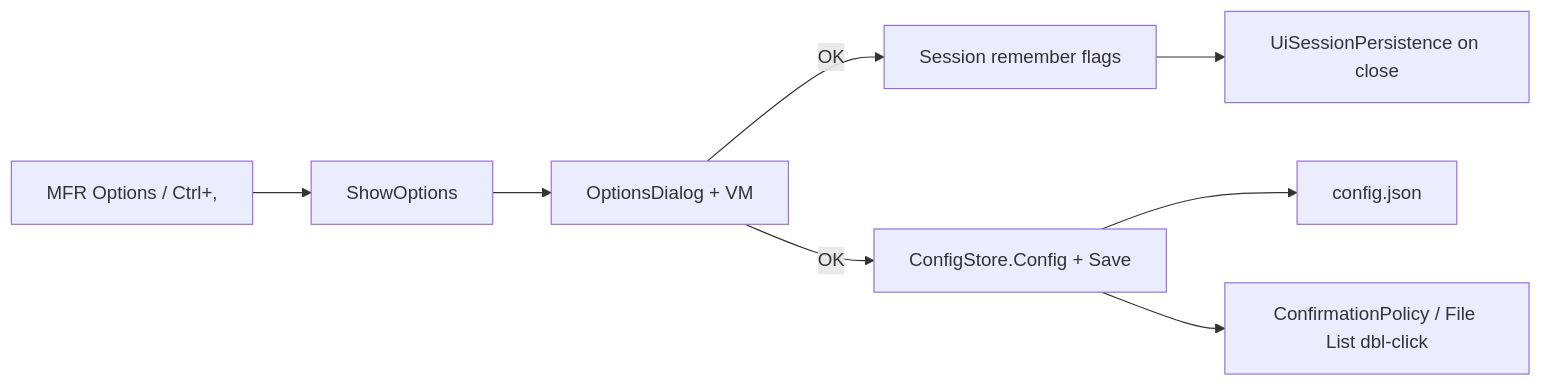
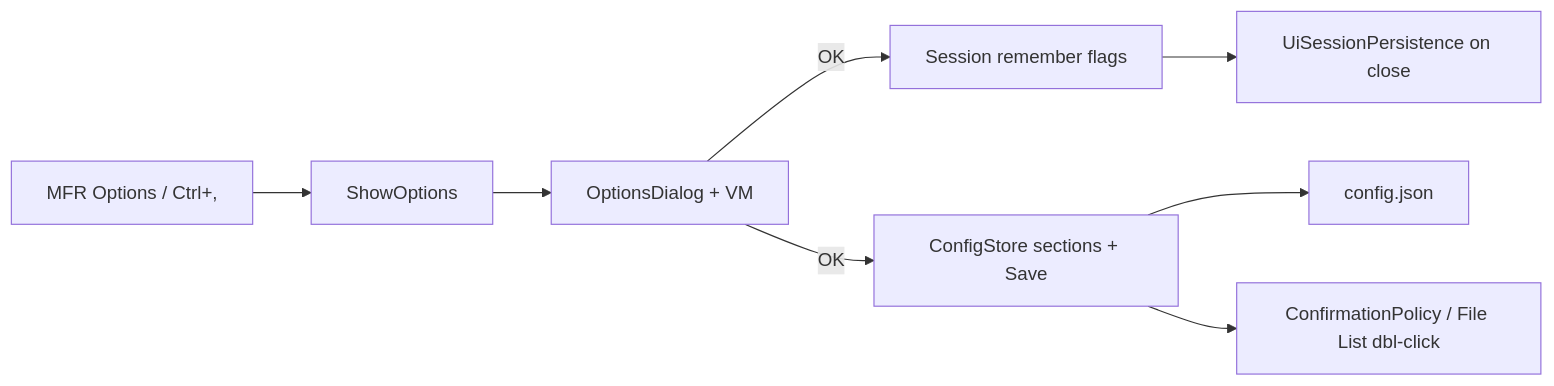
Before and after one commit to davidohana/finebytes: the diagram in docs/plans/options-dialog.plan.md, drawn with Mermaid. The commit also changed other lines of this file and 2 other files, not shown here.

````diff
--- a/docs/plans/options-dialog.plan.md
+++ b/docs/plans/options-dialog.plan.md
@@ -78,10 +78,10 @@
 ```mermaid
 flowchart LR
   Menu["MFR Options / Ctrl+,"] --> Show["ShowOptions"]
   Show --> Dlg["OptionsDialog + VM"]
   Dlg -->|OK| Sess["Session remember flags"]
-  Dlg -->|OK| Cfg["ConfigStore.Config + Save"]
+  Dlg -->|OK| Cfg["ConfigStore sections + Save"]
   Sess --> Close["UiSessionPersistence on close"]
   Cfg --> Json["config.json"]
   Cfg --> Prompts["ConfirmationPolicy / File List dbl-click"]
 ```
````
